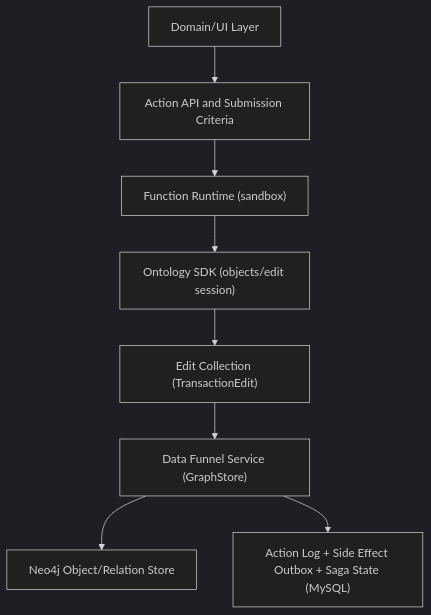
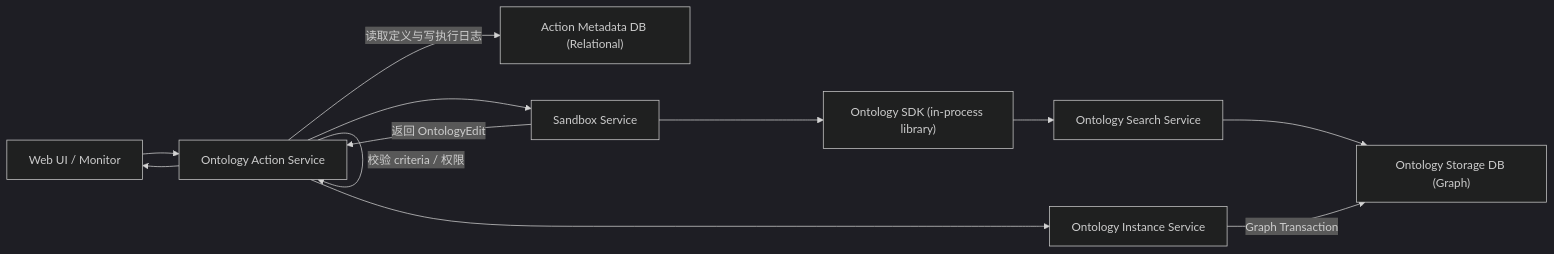
The first of 3 diagrams in docs/action_function_design.md (littleDrew/ontology), drawn with Mermaid (dark theme) before and after one commit. The commit also changed other lines of this file, not shown here.

Commit message:
docs: remove review narrative and clean phased action design

````diff
--- a/docs/action_function_design.md
+++ b/docs/action_function_design.md
@@ -55,10 +141,14 @@
 ```mermaid
-flowchart TB
-  UI["Domain/UI Layer"] --> API["Action API and Submission Criteria"]
-  API --> Runtime["Function Runtime (sandbox)"]
-  Runtime --> SDK["Ontology SDK (objects/edit session)"]
-  SDK --> Edit["Edit Collection (TransactionEdit)"]
-  Edit --> Funnel["Data Funnel Service (GraphStore)"]
-  Funnel --> Neo4j["Neo4j Object/Relation Store"]
-  Funnel --> MySQL["Action Log + Side Effect Outbox + Saga State (MySQL)"]
+flowchart LR
+  UI["Web UI / Monitor"] --> AS["Ontology Action Service"]
+  AS -->|校验 criteria / 权限| AS
+  AS -->|读取定义与写执行日志| RDB["Action Metadata DB (Relational)"]
+  AS --> SB["Sandbox Service"]
+  SB --> SDK["Ontology SDK (in-process library)"]
+  SDK --> SS["Ontology Search Service"]
+  SS --> GDB["Ontology Storage DB (Graph)"]
+  SB -->|返回 OntologyEdit| AS
+  AS --> IS["Ontology Instance Service"]
+  IS -->|Graph Transaction| GDB
+  AS --> UI
 ```
````
